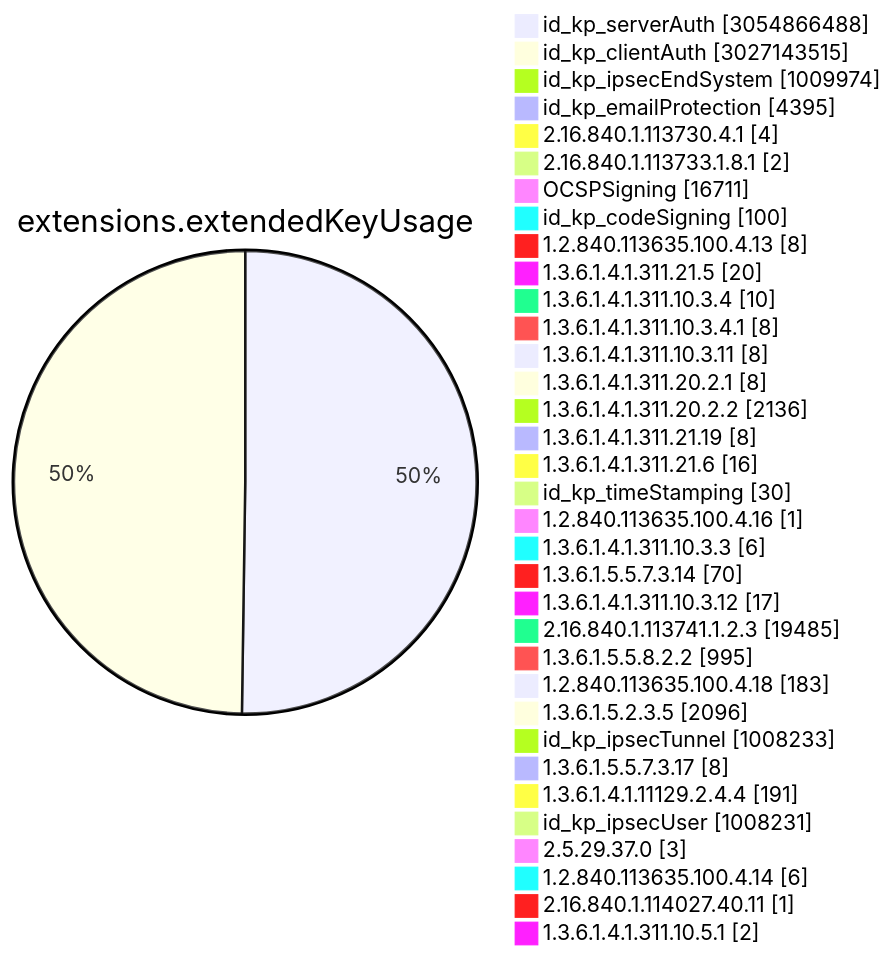
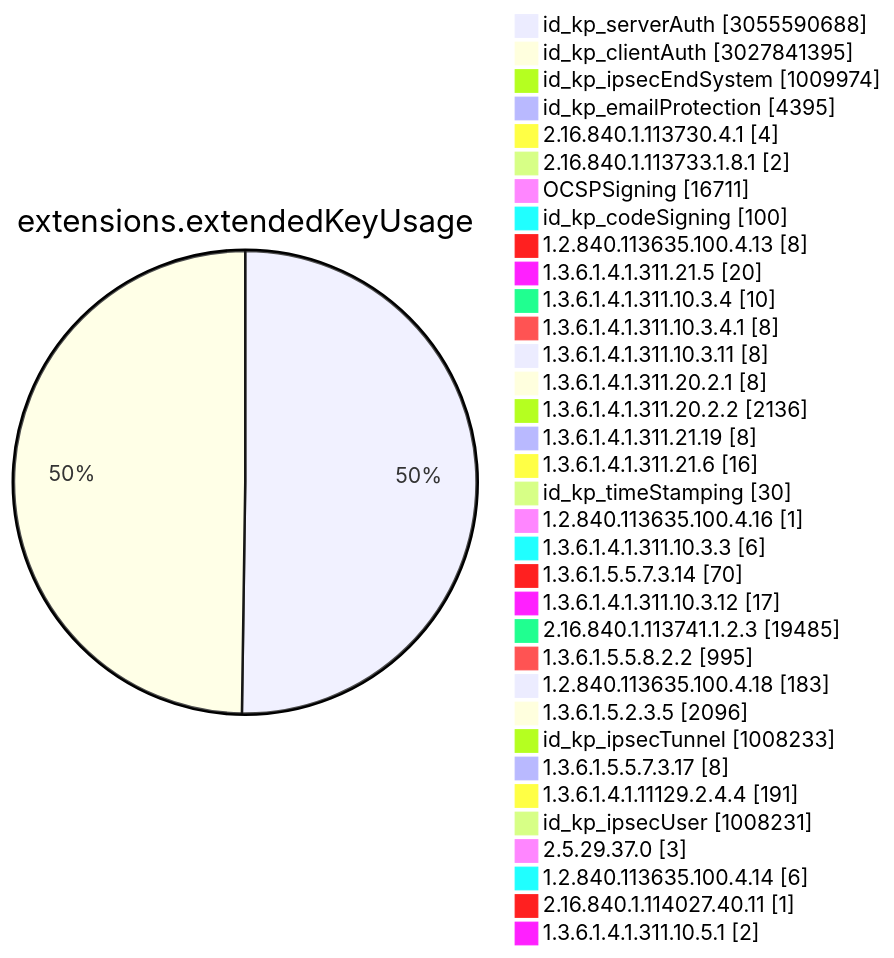
Diagram 11 of 15 in TOTAL/README.md (christiankrug/ctmonitor_visualization), drawn with Mermaid before and after one commit. The commit also changed other lines of this file, not shown here.

````diff
--- a/TOTAL/README.md
+++ b/TOTAL/README.md
@@ -4118,38 +4118,38 @@
 ```mermaid
 pie showData
 title extensions.extendedKeyUsage
-"id_kp_serverAuth" :3054866488
-"id_kp_clientAuth" :3027143515
+"id_kp_serverAuth" :3055590688
+"id_kp_clientAuth" :3027841395
 "id_kp_ipsecEndSystem" :1009974
 "id_kp_emailProtection" :4395
 "2.16.840.1.113730.4.1" :4
 "2.16.840.1.113733.1.8.1" :2
 "OCSPSigning" :16711
 "id_kp_codeSigning" :100
 "1.2.840.113635.100.4.13" :8
 "1.3.6.1.4.1.311.21.5" :20
 "1.3.6.1.4.1.311.10.3.4" :10
 "1.3.6.1.4.1.311.10.3.4.1" :8
 "1.3.6.1.4.1.311.10.3.11" :8
 "1.3.6.1.4.1.311.20.2.1" :8
 "1.3.6.1.4.1.311.20.2.2" :2136
 "1.3.6.1.4.1.311.21.19" :8
 "1.3.6.1.4.1.311.21.6" :16
 "id_kp_timeStamping" :30
 "1.2.840.113635.100.4.16" :1
 "1.3.6.1.4.1.311.10.3.3" :6
 "1.3.6.1.5.5.7.3.14" :70
 "1.3.6.1.4.1.311.10.3.12" :17
 "2.16.840.1.113741.1.2.3" :19485
 "1.3.6.1.5.5.8.2.2" :995
 "1.2.840.113635.100.4.18" :183
 "1.3.6.1.5.2.3.5" :2096
 "id_kp_ipsecTunnel" :1008233
 "1.3.6.1.5.5.7.3.17" :8
 "1.3.6.1.4.1.11129.2.4.4" :191
 "id_kp_ipsecUser" :1008231
 "2.5.29.37.0" :3
 "1.2.840.113635.100.4.14" :6
 "2.16.840.1.114027.40.11" :1
 "1.3.6.1.4.1.311.10.5.1" :2
 ```
````
